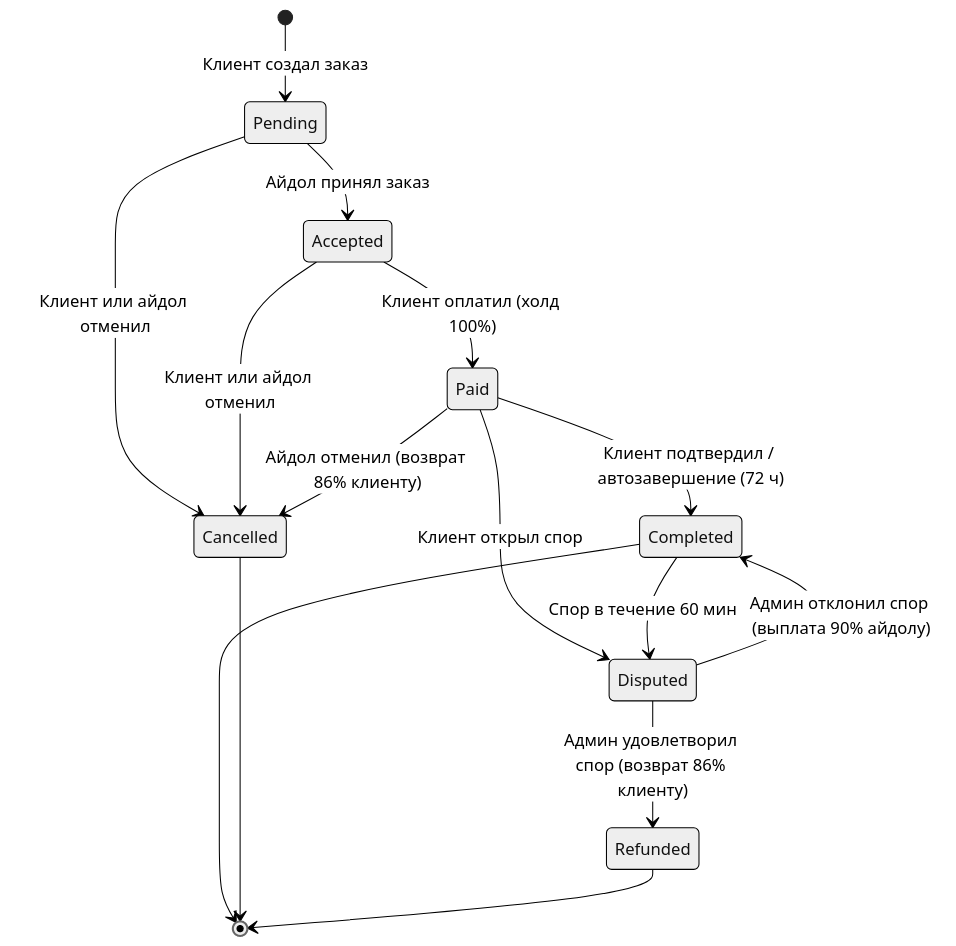
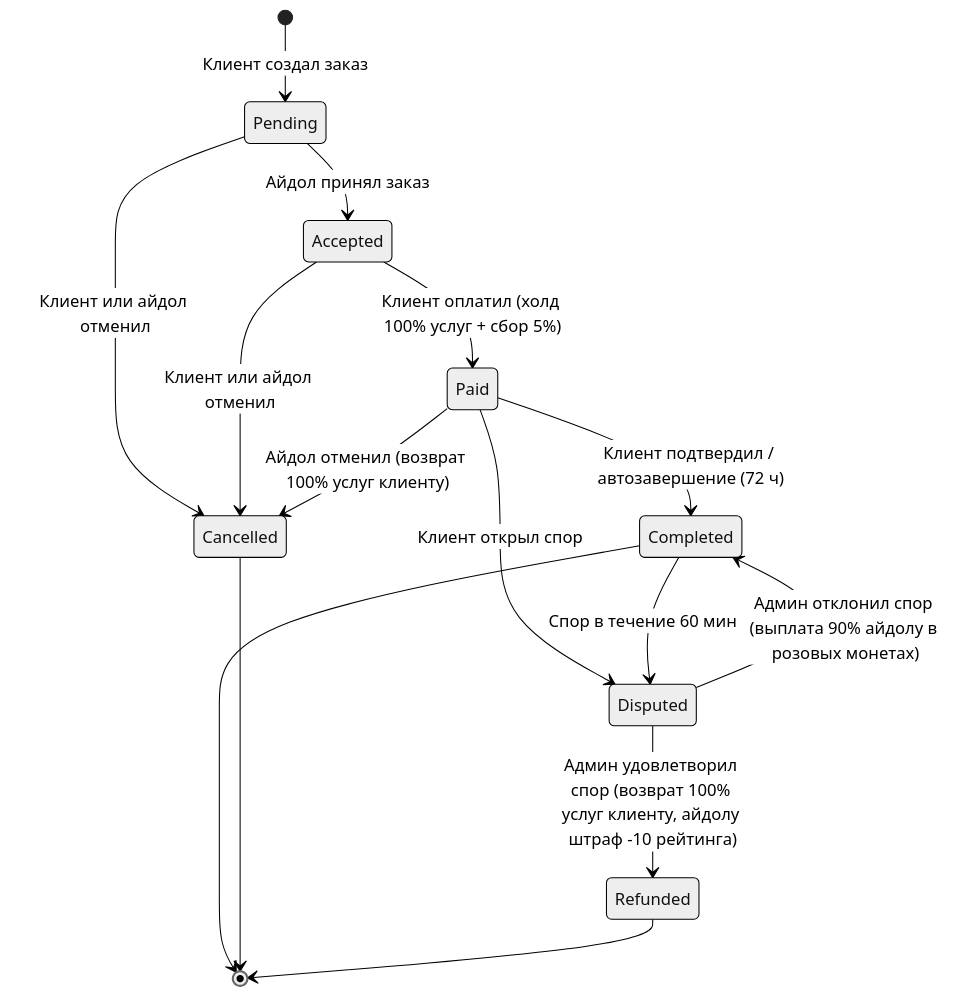
One commit to yar101/not_alone changed the diagram in AGENTS.md. Above: the diagram before and after it, drawn with Mermaid (neutral theme). The commit also changed other lines of this file and 79 other files, not shown here.

````diff
--- a/AGENTS.md
+++ b/AGENTS.md
@@ -106,17 +103,17 @@
 ```mermaid
 stateDiagram-v2
     [*] --> Pending: Клиент создал заказ
     Pending --> Accepted: Айдол принял заказ
     Pending --> Cancelled: Клиент или айдол отменил
-    Accepted --> Paid: Клиент оплатил (холд 100%)
+    Accepted --> Paid: Клиент оплатил (холд 100% услуг + сбор 5%)
     Accepted --> Cancelled: Клиент или айдол отменил
     Paid --> Completed: Клиент подтвердил / автозавершение (72 ч)
-    Paid --> Cancelled: Айдол отменил (возврат 86% клиенту)
+    Paid --> Cancelled: Айдол отменил (возврат 100% услуг клиенту)
     Paid --> Disputed: Клиент открыл спор
     Completed --> Disputed: Спор в течение 60 мин
-    Disputed --> Refunded: Админ удовлетворил спор (возврат 86% клиенту)
-    Disputed --> Completed: Админ отклонил спор (выплата 90% айдолу)
+    Disputed --> Refunded: Админ удовлетворил спор (возврат 100% услуг клиенту, айдолу штраф -10 рейтинга)
+    Disputed --> Completed: Админ отклонил спор (выплата 90% айдолу в розовых монетах)
     Completed --> [*]
     Cancelled --> [*]
     Refunded --> [*]
 ```
````
